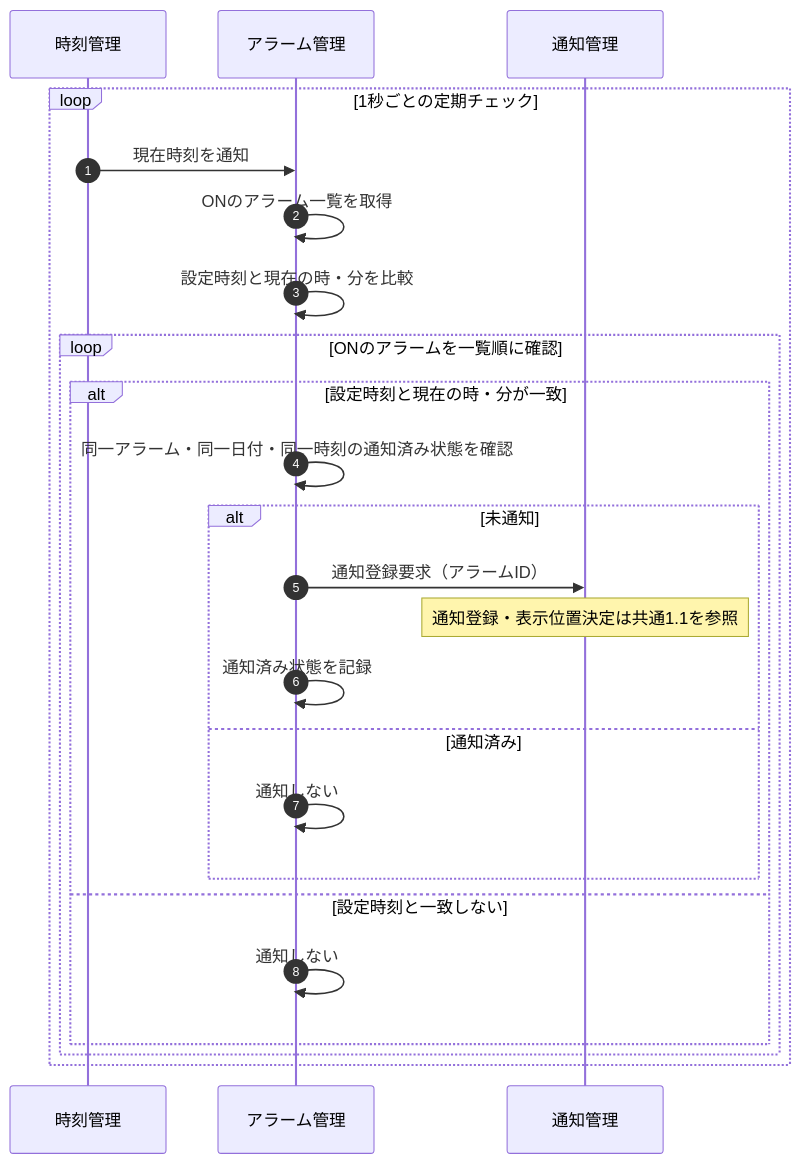
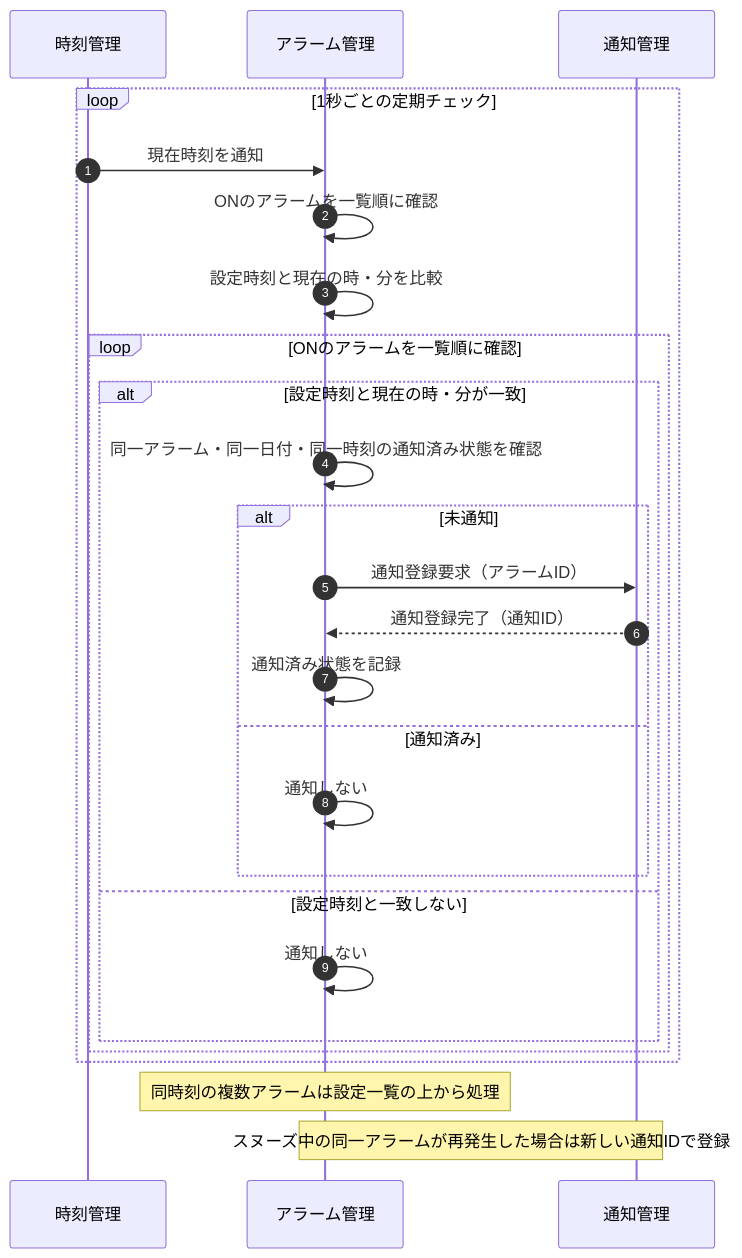
One commit to shun62201234-crypto/timerApplication changed the third of 6 diagrams in document/設計/シーケンス図/アラームシーケンス図.md. Above: the diagram before and after it, drawn with Mermaid. The commit also changed other lines of this file and 2 other files, not shown here.

First line of the commit message:
シーケンス図を修正（共通・アラーム・タイマー）

````diff
--- a/document/設計/シーケンス図/アラームシーケンス図.md
+++ b/document/設計/シーケンス図/アラームシーケンス図.md
@@ -65,29 +65,32 @@
 ```mermaid
 sequenceDiagram
     autonumber
     participant Clock as 時刻管理
     participant Alarm as アラーム管理
     participant Notify as 通知管理
 
     loop 1秒ごとの定期チェック
         Clock->>Alarm: 現在時刻を通知
-        Alarm->>Alarm: ONのアラーム一覧を取得
+        Alarm->>Alarm: ONのアラームを一覧順に確認
         Alarm->>Alarm: 設定時刻と現在の時・分を比較
 
         loop ONのアラームを一覧順に確認
             alt 設定時刻と現在の時・分が一致
                 Alarm->>Alarm: 同一アラーム・同一日付・同一時刻の通知済み状態を確認
 
                 alt 未通知
                     Alarm->>Notify: 通知登録要求（アラームID）
-                    Note over Notify: 通知登録・表示位置決定は共通1.1を参照
+                    Notify-->>Alarm: 通知登録完了（通知ID）
                     Alarm->>Alarm: 通知済み状態を記録
                 else 通知済み
                     Alarm->>Alarm: 通知しない
                 end
             else 設定時刻と一致しない
                 Alarm->>Alarm: 通知しない
             end
         end
     end
+
+    Note over Alarm: 同時刻の複数アラームは設定一覧の上から処理
+    Note over Alarm,Notify: スヌーズ中の同一アラームが再発生した場合は新しい通知IDで登録
 ```
````
